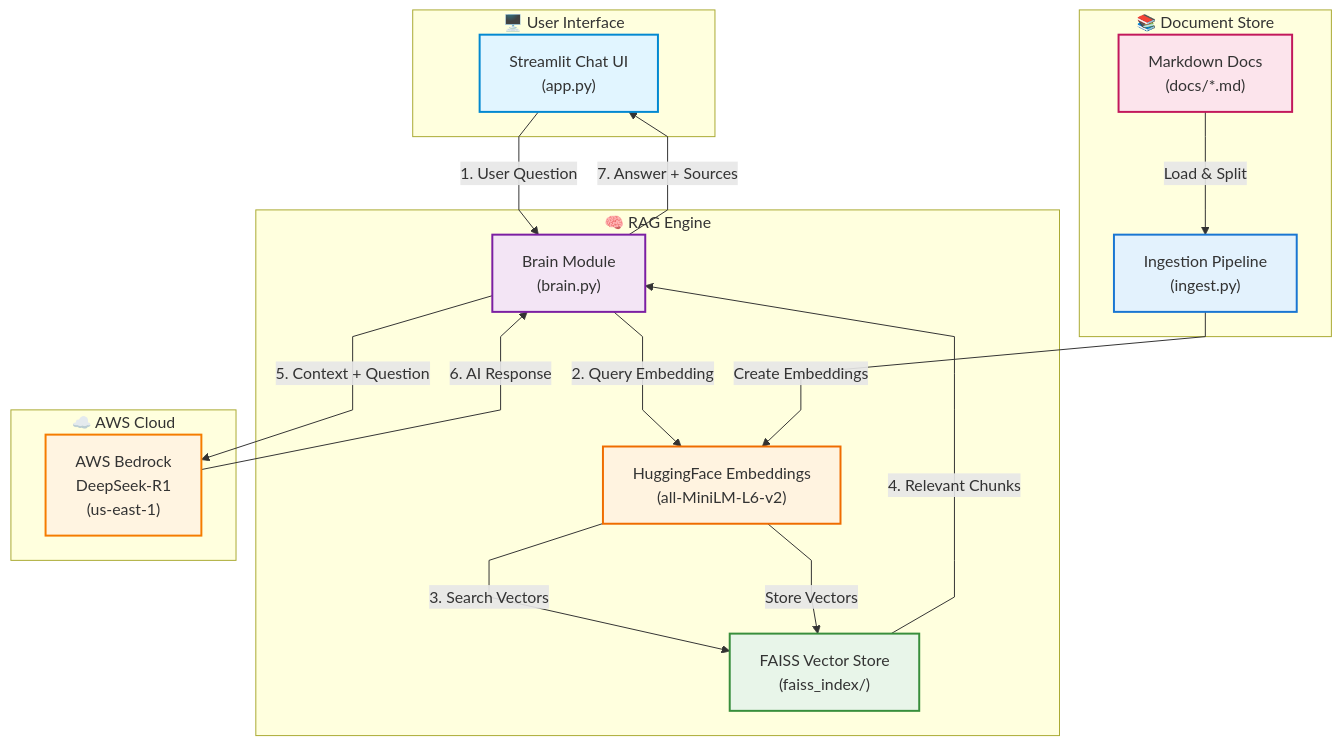
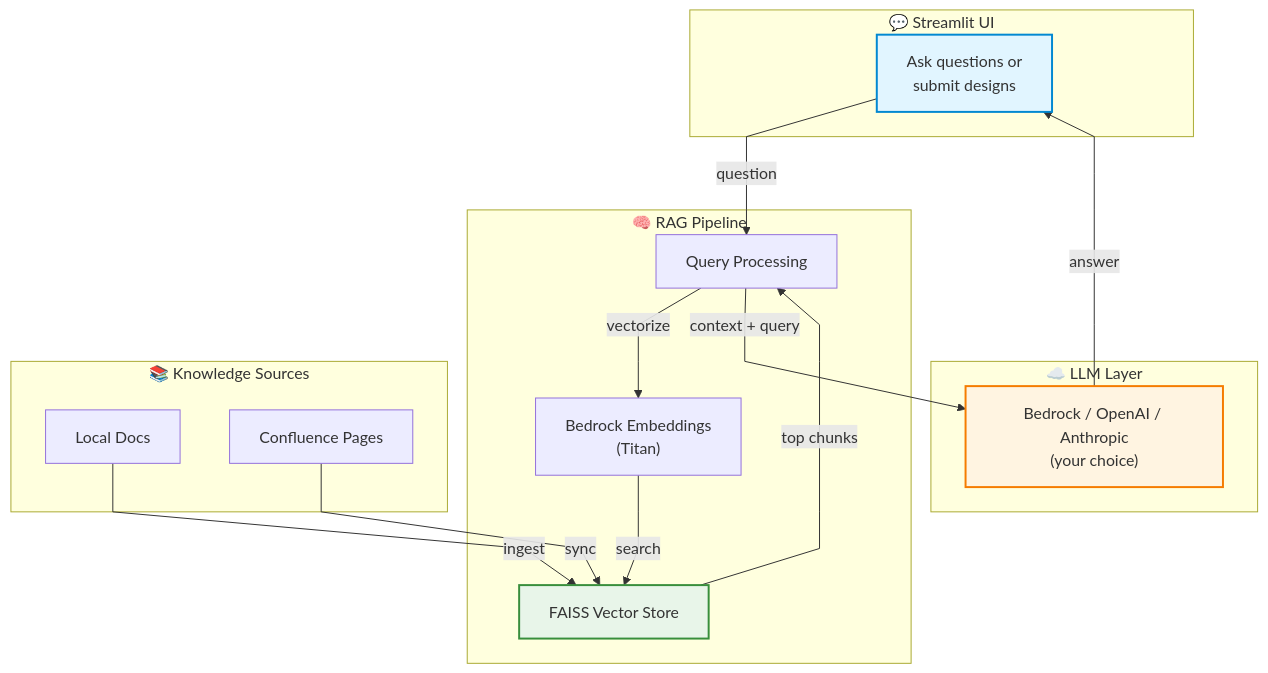
One commit to suren2787/architecture-ai-suite changed the diagram in README.md. Above: the diagram before and after it, drawn with Mermaid. The commit also changed other lines of this file, not shown here.

Commit message:
docs: Rewrite README with human tone - Removed robotic AI-generated language - Made it conversational and direct - Updated with latest features (Confluence sync, Bedrock embeddings, hybrid audits) - Simplified setup instructions - Added real-world context

````diff
--- a/README.md
+++ b/README.md
@@ -55,42 +46,36 @@
 ```mermaid
 %%{init: {'flowchart': {'curve': 'linear'}}}%%
 flowchart TB
-    subgraph ui["🖥️ User Interface"]
-        A["Streamlit Chat UI<br/>(app.py)"]
+    subgraph ui["💬 Streamlit UI"]
+        A["Ask questions or<br/>submit designs"]
     end
     
-    subgraph rag["🧠 RAG Engine"]
-        B["Brain Module<br/>(brain.py)"]
-        C["FAISS Vector Store<br/>(faiss_index/)"]
-        D["HuggingFace Embeddings<br/>(all-MiniLM-L6-v2)"]
+    subgraph rag["🧠 RAG Pipeline"]
+        B["Query Processing"]
+        C["FAISS Vector Store"]
+        D["Bedrock Embeddings<br/>(Titan)"]
     end
     
-    subgraph aws["☁️ AWS Cloud"]
-        E["AWS Bedrock<br/>DeepSeek-R1<br/>(us-east-1)"]
+    subgraph llm["☁️ LLM Layer"]
+        E["Bedrock / OpenAI / Anthropic<br/>(your choice)"]
     end
     
-    subgraph docs["📚 Document Store"]
-        F["Markdown Docs<br/>(docs/*.md)"]
-        G["Ingestion Pipeline<br/>(ingest.py)"]
+    subgraph sources["📚 Knowledge Sources"]
+        F["Local Docs"]
+        G["Confluence Pages"]
     end
     
-    A -->|"1. User Question"| B
-    B -->|"2. Query Embedding"| D
-    D -->|"3. Search Vectors"| C
-    C -->|"4. Relevant Chunks"| B
-    B -->|"5. Context + Question"| E
-    E -->|"6. AI Response"| B
-    B -->|"7. Answer + Sources"| A
+    A -->|question| B
+    B -->|vectorize| D
+    D -->|search| C
+    C -->|top chunks| B
+    B -->|context + query| E
+    E -->|answer| A
     
-    F -->|"Load & Split"| G
-    G -->|"Create Embeddings"| D
-    D -->|"Store Vectors"| C
+    F -->|ingest| C
+    G -->|sync| C
     
     style A fill:#e1f5ff,stroke:#0288d1,stroke-width:2px
     style E fill:#fff4e1,stroke:#f57c00,stroke-width:2px
     style C fill:#e8f5e9,stroke:#388e3c,stroke-width:2px
-    style B fill:#f3e5f5,stroke:#7b1fa2,stroke-width:2px
-    style D fill:#fff3e0,stroke:#ef6c00,stroke-width:2px
-    style F fill:#fce4ec,stroke:#c2185b,stroke-width:2px
-    style G fill:#e3f2fd,stroke:#1976d2,stroke-width:2px
 ```
````
